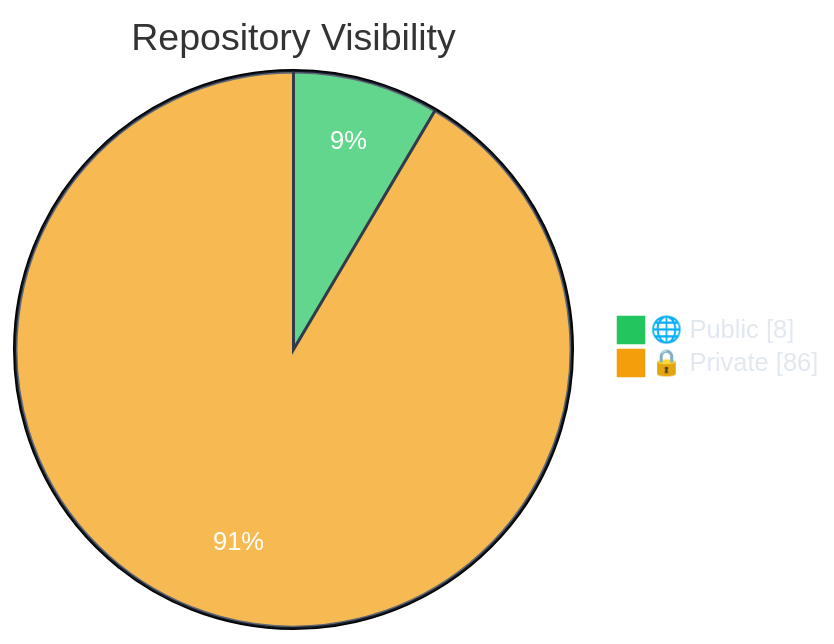
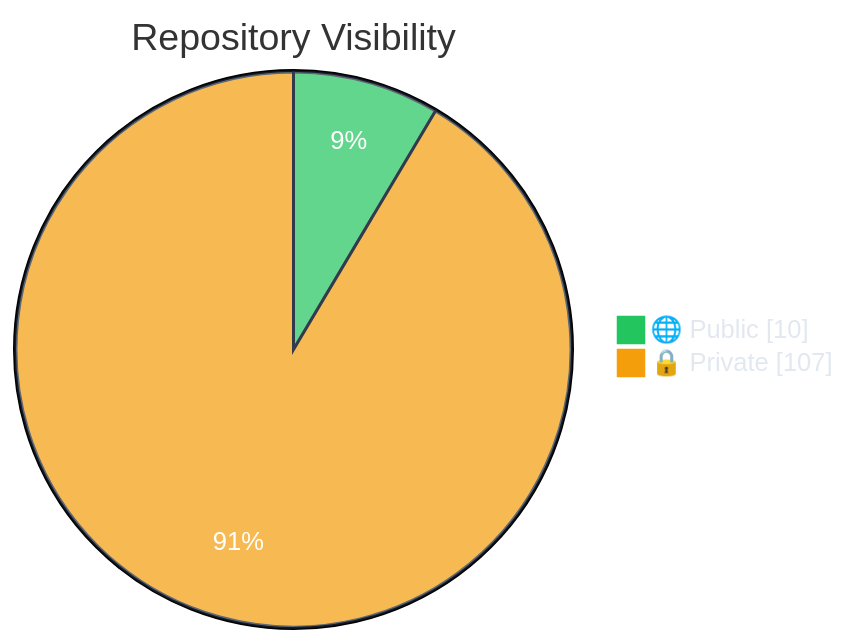
One commit to polo-nyan/polo-nyan changed the first of 7 diagrams in README.md. Above: the diagram before and after it, drawn with Mermaid. The commit also changed other lines of this file and 1 other file, not shown here.

````diff
--- a/README.md
+++ b/README.md
@@ -83,7 +83,7 @@
 ```mermaid
 %%{init: {"theme": "base", "themeVariables": { "pie1": "#22c55e", "pie2": "#f59e0b", "pie3": "#3b82f6", "pie4": "#ec4899", "pieTextColor": "#ffffff", "pieLegendTextColor": "#e2e8f0", "pieSectionTextColor": "#ffffff", "pieStrokeColor": "#1e293b" }}}%%
 pie showData
     title Repository Visibility
-    "🌐 Public" : 8
-    "🔒 Private" : 86
+    "🌐 Public" : 10
+    "🔒 Private" : 107
 ```
````
